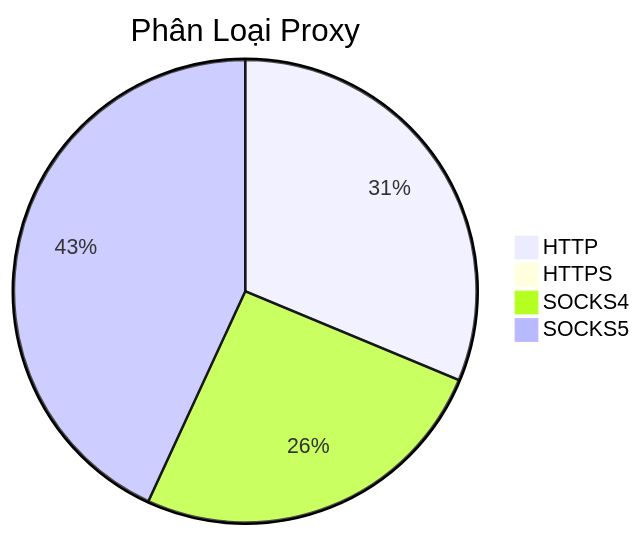
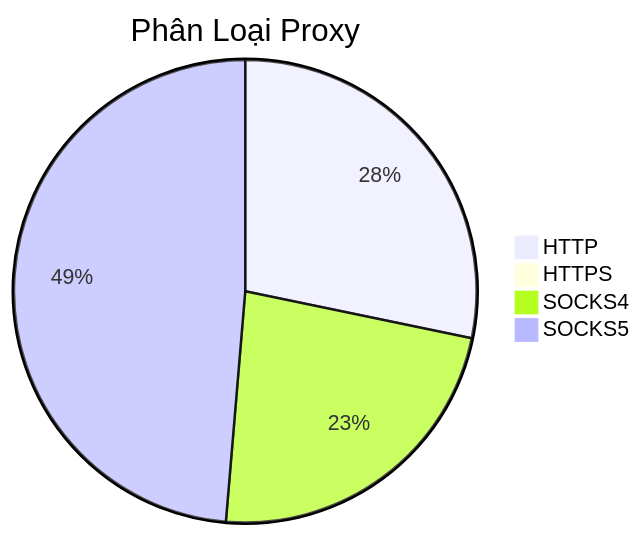
One commit to Ciara-12/PROXY-free changed the diagram in README.md. Above: the diagram before and after it, drawn with Mermaid. The commit also changed other lines of this file and 3 other files, not shown here.

````diff
--- a/README.md
+++ b/README.md
@@ -26,7 +26,7 @@
 ```mermaid
 pie title Phân Loại Proxy
-    "HTTP" : 359
+    "HTTP" : 360
     "HTTPS" : 0
     "SOCKS4" : 294
-    "SOCKS5" : 495
+    "SOCKS5" : 620
 ```
````
